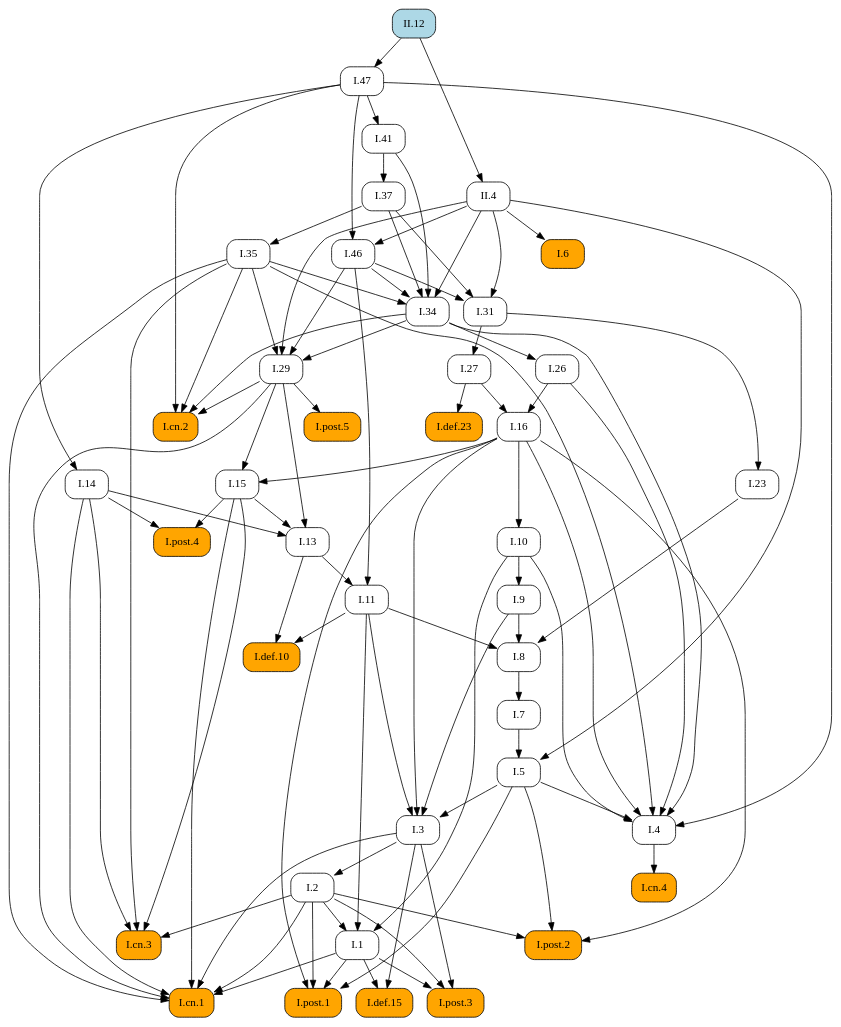
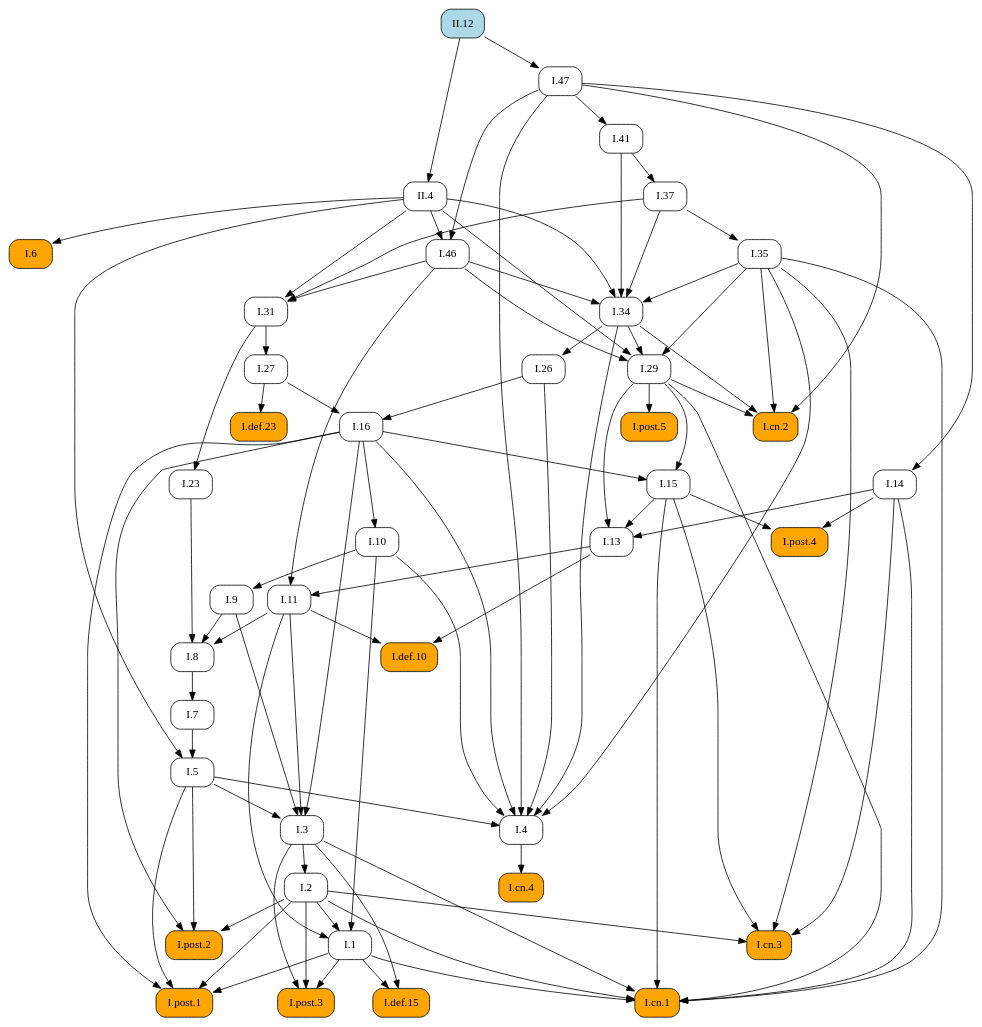
The diagram in docsrc/elements2/II/12/index.rst (geometor/elements), drawn with Graphviz before and after one commit. The commit also changed other lines of this file and 171 other files, not shown here.

```diff
--- a/docsrc/elements2/II/12/index.rst
+++ b/docsrc/elements2/II/12/index.rst
@@ -53,81 +53,117 @@
    digraph {
      rankdir="TB";
      node [shape=box, style=rounded];
-     "I.37" [URL="/elements2/I/37/", target="_top"];
-     "I.def.10" [style="rounded,filled", fillcolor=orange, URL="/elements2/I/def.10/", target="_top"];
+     "I.8" [URL="/elements2/I/8/", target="_top"];
      "I.46" [URL="/elements2/I/46/", target="_top"];
      "I.47" [URL="/elements2/I/47/", target="_top"];
+     "I.14" [URL="/elements2/I/14/", target="_top"];
+     "I.post.1" [style="rounded,filled", fillcolor=orange, URL="/elements2/I/post.1/", target="_top"];
+     "I.5" [URL="/elements2/I/5/", target="_top"];
+     "I.post.5" [style="rounded,filled", fillcolor=orange, URL="/elements2/I/post.5/", target="_top"];
+     "I.def.10" [style="rounded,filled", fillcolor=orange, URL="/elements2/I/def.10/", target="_top"];
+     "I.cn.2" [style="rounded,filled", fillcolor=orange, URL="/elements2/I/cn.2/", target="_top"];
+     "I.def.15" [style="rounded,filled", fillcolor=orange, URL="/elements2/I/def.15/", target="_top"];
+     "I.31" [URL="/elements2/I/31/", target="_top"];
+     "I.11" [URL="/elements2/I/11/", target="_top"];
+     "II.4" [URL="/elements2/II/4/", target="_top"];
+     "I.3" [URL="/elements2/I/3/", target="_top"];
+     "I.post.2" [style="rounded,filled", fillcolor=orange, URL="/elements2/I/post.2/", target="_top"];
+     "I.def.23" [style="rounded,filled", fillcolor=orange, URL="/elements2/I/def.23/", target="_top"];
+     "I.6" [style="rounded,filled", fillcolor=orange, URL="/elements2/I/6/", target="_top"];
+     "I.26" [URL="/elements2/I/26/", target="_top"];
+     "I.cn.3" [style="rounded,filled", fillcolor=orange, URL="/elements2/I/cn.3/", target="_top"];
+     "I.cn.4" [style="rounded,filled", fillcolor=orange, URL="/elements2/I/cn.4/", target="_top"];
+     "I.1" [URL="/elements2/I/1/", target="_top"];
+     "II.12" [style="rounded,filled", fillcolor=lightblue, URL="/elements2/II/12/", target="_top"];
+     "I.7" [URL="/elements2/I/7/", target="_top"];
+     "I.9" [URL="/elements2/I/9/", target="_top"];
+     "I.cn.1" [style="rounded,filled", fillcolor=orange, URL="/elements2/I/cn.1/", target="_top"];
+     "I.29" [URL="/elements2/I/29/", target="_top"];
+     "I.post.4" [style="rounded,filled", fillcolor=orange, URL="/elements2/I/post.4/", target="_top"];
+     "I.16" [URL="/elements2/I/16/", target="_top"];
+     "I.13" [URL="/elements2/I/13/", target="_top"];
+     "I.41" [URL="/elements2/I/41/", target="_top"];
+     "I.35" [URL="/elements2/I/35/", target="_top"];
+     "I.2" [URL="/elements2/I/2/", target="_top"];
+     "I.37" [URL="/elements2/I/37/", target="_top"];
+     "I.27" [URL="/elements2/I/27/", target="_top"];
+     "I.4" [URL="/elements2/I/4/", target="_top"];
+     "I.10" [URL="/elements2/I/10/", target="_top"];
+     "I.15" [URL="/elements2/I/15/", target="_top"];
      "I.34" [URL="/elements2/I/34/", target="_top"];
-     "I.cn.4" [style="rounded,filled", fillcolor=orange, URL="/elements2/I/cn.4/", target="_top"];
-     "I.def.15" [style="rounded,filled", fillcolor=orange, URL="/elements2/I/def.15/", target="_top"];
+     "I.23" [URL="/elements2/I/23/", target="_top"];
      "I.post.3" [style="rounded,filled", fillcolor=orange, URL="/elements2/I/post.3/", target="_top"];
-     "I.41" [URL="/elements2/I/41/", target="_top"];
-     "I.27" [URL="/elements2/I/27/", target="_top"];
-     "I.post.2" [style="rounded,filled", fillcolor=orange, URL="/elements2/I/post.2/", target="_top"];
-     "I.13" [URL="/elements2/I/13/", target="_top"];
-     "I.10" [URL="/elements2/I/10/", target="_top"];
-     "I.post.1" [style="rounded,filled", fillcolor=orange, URL="/elements2/I/post.1/", target="_top"];
-     "I.7" [URL="/elements2/I/7/", target="_top"];
-     "I.6" [style="rounded,filled", fillcolor=orange, URL="/elements2/I/6/", target="_top"];
-     "I.14" [URL="/elements2/I/14/", target="_top"];
-     "I.11" [URL="/elements2/I/11/", target="_top"];
-     "I.4" [URL="/elements2/I/4/", target="_top"];
-     "I.16" [URL="/elements2/I/16/", target="_top"];
-     "I.def.23" [style="rounded,filled", fillcolor=orange, URL="/elements2/I/def.23/", target="_top"];
-     "I.9" [URL="/elements2/I/9/", target="_top"];
-     "I.8" [URL="/elements2/I/8/", target="_top"];
-     "I.cn.2" [style="rounded,filled", fillcolor=orange, URL="/elements2/I/cn.2/", target="_top"];
-     "I.15" [URL="/elements2/I/15/", target="_top"];
-     "I.post.5" [style="rounded,filled", fillcolor=orange, URL="/elements2/I/post.5/", target="_top"];
-     "I.23" [URL="/elements2/I/23/", target="_top"];
-     "I.26" [URL="/elements2/I/26/", target="_top"];
-     "I.2" [URL="/elements2/I/2/", target="_top"];
-     "I.1" [URL="/elements2/I/1/", target="_top"];
-     "II.4" [URL="/elements2/II/4/", target="_top"];
-     "I.35" [URL="/elements2/I/35/", target="_top"];
-     "I.31" [URL="/elements2/I/31/", target="_top"];
-     "I.post.4" [style="rounded,filled", fillcolor=orange, URL="/elements2/I/post.4/", target="_top"];
-     "I.cn.1" [style="rounded,filled", fillcolor=orange, URL="/elements2/I/cn.1/", target="_top"];
-     "I.3" [URL="/elements2/I/3/", target="_top"];
-     "I.cn.3" [style="rounded,filled", fillcolor=orange, URL="/elements2/I/cn.3/", target="_top"];
-     "I.29" [URL="/elements2/I/29/", target="_top"];
-     "II.12" [style="rounded,filled", fillcolor=lightblue, URL="/elements2/II/12/", target="_top"];
-     "I.5" [URL="/elements2/I/5/", target="_top"];
-     "I.41" -> "I.37";
-     "I.11" -> "I.def.10";
-     "I.13" -> "I.def.10";
+     "I.9" -> "I.8";
+     "I.11" -> "I.8";
+     "I.23" -> "I.8";
      "I.47" -> "I.46";
      "II.4" -> "I.46";
      "II.12" -> "I.47";
-     "I.35" -> "I.34";
-     "I.37" -> "I.34";
-     "I.41" -> "I.34";
-     "I.46" -> "I.34";
-     "II.4" -> "I.34";
-     "I.4" -> "I.cn.4";
-     "I.1" -> "I.def.15";
-     "I.3" -> "I.def.15";
-     "I.1" -> "I.post.3";
-     "I.2" -> "I.post.3";
-     "I.3" -> "I.post.3";
-     "I.47" -> "I.41";
-     "I.31" -> "I.27";
-     "I.2" -> "I.post.2";
-     "I.5" -> "I.post.2";
-     "I.16" -> "I.post.2";
-     "I.14" -> "I.13";
-     "I.15" -> "I.13";
-     "I.29" -> "I.13";
-     "I.16" -> "I.10";
+     "I.47" -> "I.14";
      "I.1" -> "I.post.1";
      "I.2" -> "I.post.1";
      "I.5" -> "I.post.1";
      "I.16" -> "I.post.1";
-     "I.8" -> "I.7";
-     "II.4" -> "I.6";
-     "I.47" -> "I.14";
+     "I.7" -> "I.5";
+     "II.4" -> "I.5";
+     "I.29" -> "I.post.5";
+     "I.11" -> "I.def.10";
+     "I.13" -> "I.def.10";
+     "I.29" -> "I.cn.2";
+     "I.34" -> "I.cn.2";
+     "I.35" -> "I.cn.2";
+     "I.47" -> "I.cn.2";
+     "I.1" -> "I.def.15";
+     "I.3" -> "I.def.15";
+     "I.37" -> "I.31";
+     "I.46" -> "I.31";
+     "II.4" -> "I.31";
      "I.13" -> "I.11";
      "I.46" -> "I.11";
+     "II.12" -> "II.4";
+     "I.5" -> "I.3";
+     "I.9" -> "I.3";
+     "I.11" -> "I.3";
+     "I.16" -> "I.3";
+     "I.2" -> "I.post.2";
+     "I.5" -> "I.post.2";
+     "I.16" -> "I.post.2";
+     "I.27" -> "I.def.23";
+     "II.4" -> "I.6";
+     "I.34" -> "I.26";
+     "I.2" -> "I.cn.3";
+     "I.14" -> "I.cn.3";
+     "I.15" -> "I.cn.3";
+     "I.35" -> "I.cn.3";
+     "I.4" -> "I.cn.4";
+     "I.2" -> "I.1";
+     "I.10" -> "I.1";
+     "I.11" -> "I.1";
+     "I.8" -> "I.7";
+     "I.10" -> "I.9";
+     "I.1" -> "I.cn.1";
+     "I.2" -> "I.cn.1";
+     "I.3" -> "I.cn.1";
+     "I.14" -> "I.cn.1";
+     "I.15" -> "I.cn.1";
+     "I.29" -> "I.cn.1";
+     "I.35" -> "I.cn.1";
+     "I.34" -> "I.29";
+     "I.35" -> "I.29";
+     "I.46" -> "I.29";
+     "II.4" -> "I.29";
+     "I.14" -> "I.post.4";
+     "I.15" -> "I.post.4";
+     "I.26" -> "I.16";
+     "I.27" -> "I.16";
+     "I.14" -> "I.13";
+     "I.15" -> "I.13";
+     "I.29" -> "I.13";
+     "I.47" -> "I.41";
+     "I.37" -> "I.35";
+     "I.3" -> "I.2";
+     "I.41" -> "I.37";
+     "I.31" -> "I.27";
      "I.5" -> "I.4";
      "I.10" -> "I.4";
      "I.16" -> "I.4";
@@ -135,52 +171,16 @@
      "I.34" -> "I.4";
      "I.35" -> "I.4";
      "I.47" -> "I.4";
-     "I.26" -> "I.16";
-     "I.27" -> "I.16";
-     "I.27" -> "I.def.23";
-     "I.10" -> "I.9";
-     "I.9" -> "I.8";
-     "I.11" -> "I.8";
-     "I.23" -> "I.8";
-     "I.29" -> "I.cn.2";
-     "I.34" -> "I.cn.2";
-     "I.35" -> "I.cn.2";
-     "I.47" -> "I.cn.2";
+     "I.16" -> "I.10";
      "I.16" -> "I.15";
      "I.29" -> "I.15";
-     "I.29" -> "I.post.5";
+     "I.35" -> "I.34";
+     "I.37" -> "I.34";
+     "I.41" -> "I.34";
+     "I.46" -> "I.34";
+     "II.4" -> "I.34";
      "I.31" -> "I.23";
-     "I.34" -> "I.26";
-     "I.3" -> "I.2";
-     "I.2" -> "I.1";
-     "I.10" -> "I.1";
-     "I.11" -> "I.1";
-     "II.12" -> "II.4";
-     "I.37" -> "I.35";
-     "I.37" -> "I.31";
-     "I.46" -> "I.31";
-     "II.4" -> "I.31";
-     "I.14" -> "I.post.4";
-     "I.15" -> "I.post.4";
-     "I.1" -> "I.cn.1";
-     "I.2" -> "I.cn.1";
-     "I.3" -> "I.cn.1";
-     "I.14" -> "I.cn.1";
-     "I.15" -> "I.cn.1";
-     "I.29" -> "I.cn.1";
-     "I.35" -> "I.cn.1";
-     "I.5" -> "I.3";
-     "I.9" -> "I.3";
-     "I.11" -> "I.3";
-     "I.16" -> "I.3";
-     "I.2" -> "I.cn.3";
-     "I.14" -> "I.cn.3";
-     "I.15" -> "I.cn.3";
-     "I.35" -> "I.cn.3";
-     "I.34" -> "I.29";
-     "I.35" -> "I.29";
-     "I.46" -> "I.29";
-     "II.4" -> "I.29";
-     "I.7" -> "I.5";
-     "II.4" -> "I.5";
+     "I.1" -> "I.post.3";
+     "I.2" -> "I.post.3";
+     "I.3" -> "I.post.3";
    }
```
